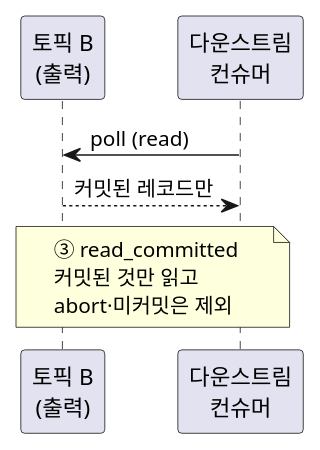
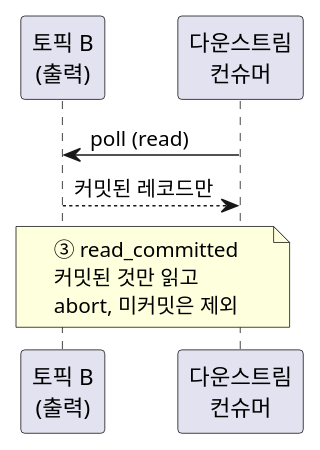
One commit to johnycho/johny-dev changed the second of 7 diagrams in blog/2026-08-18-kafka-transactions-exactly-once.mdx. Above: the diagram before and after it, drawn with PlantUML. The commit also changed other lines of this file and 188 other files, not shown here.

````diff
--- a/blog/2026-08-18-kafka-transactions-exactly-once.mdx
+++ b/blog/2026-08-18-kafka-transactions-exactly-once.mdx
@@ -70,12 +70,12 @@
 ```plantuml
 @startuml
 skinparam shadowing false
 skinparam DefaultFontName sans-serif
 participant "토픽 B\n(출력)" as B
 participant "다운스트림\n컨슈머" as D
 
 D -> B : poll (read)
 B --> D : 커밋된 레코드만
-note over B, D : ③ read_committed\n커밋된 것만 읽고\nabort·미커밋은 제외
+note over B, D : ③ read_committed\n커밋된 것만 읽고\nabort, 미커밋은 제외
 @enduml
 ```
````
